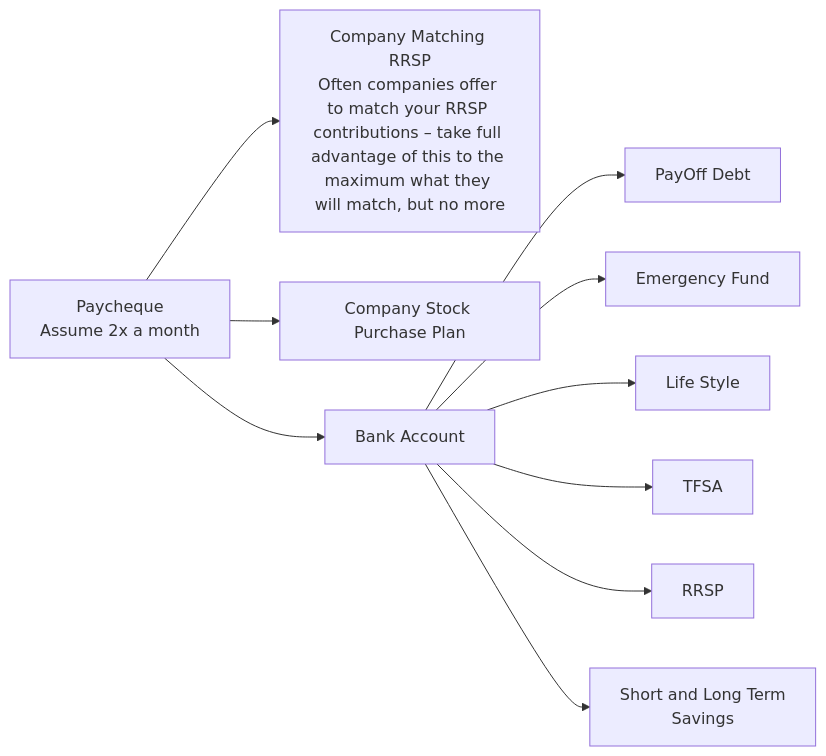
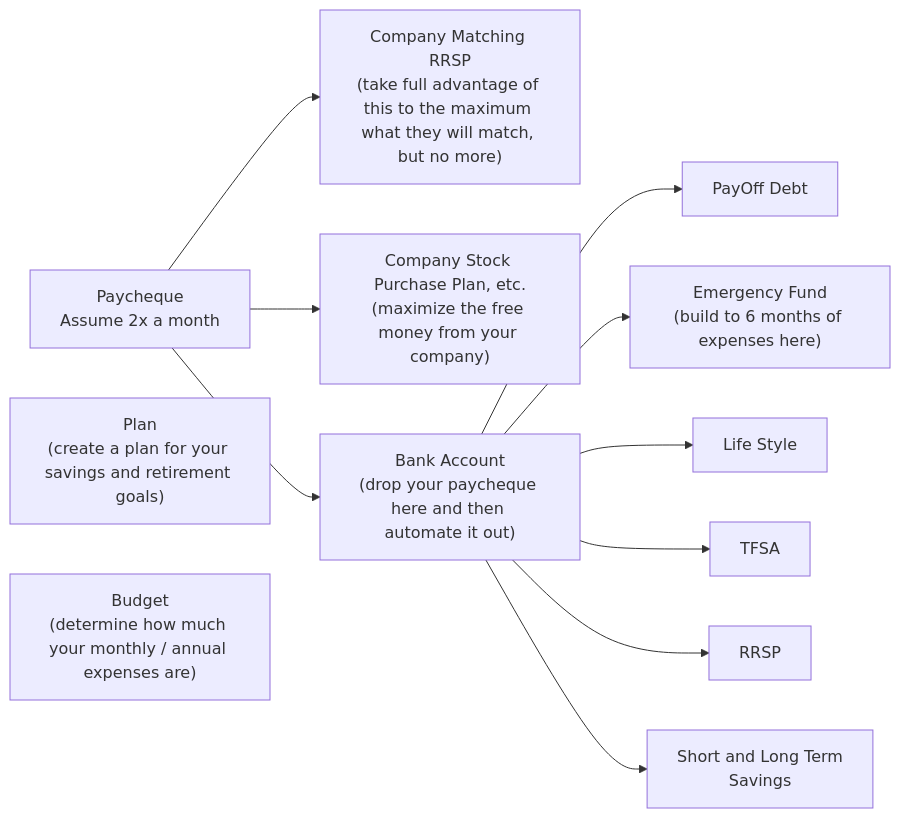
One commit to ksewlochan/Sewlochan changed the diagram in FinancialLiteracy/02a_FinancialLiteracy_YourFinancialJourney.md. Above: the diagram before and after it, drawn with Mermaid.

Commit message:
Add more to the flowchart

````diff
--- a/FinancialLiteracy/02a_FinancialLiteracy_YourFinancialJourney.md
+++ b/FinancialLiteracy/02a_FinancialLiteracy_YourFinancialJourney.md
@@ -141,12 +141,14 @@
 ``` mermaid
 	flowchart LR
-		PayCheque["Paycheque<br>Assume 2x a month"] --> CompanyRRSP["Company Matching RRSP<br>Often companies offer to match your RRSP contributions – take full advantage of this to the maximum what they will match, but no more"]
-		PayCheque --> CompanyStock["Company Stock Purchase Plan"]
-		PayCheque --> BankAccount["Bank Account"]
+		PayCheque["Paycheque<br>Assume 2x a month"] --> CompanyRRSP["Company Matching RRSP<br>(take full advantage of this to the maximum what they will match, but no more)"]
+		PayCheque --> CompanyStock["Company Stock Purchase Plan, etc.<br>(maximize the free money from your company)"]
+		PayCheque --> BankAccount["Bank Account<br>(drop your paycheque here and then automate it out)"]
 		BankAccount --> PayDebt["PayOff Debt"]
-		BankAccount --> EmergencyFund["Emergency Fund"]
+		BankAccount --> EmergencyFund["Emergency Fund<br>(build to 6 months of expenses here)"]
 		BankAccount --> LifeStyle["Life Style"]
 		BankAccount --> TFSA["TFSA"]
 		BankAccount --> RRSP["RRSP"]
 		BankAccount --> Savings["Short and Long Term<br> Savings"]
+		Plan["Plan<br>(create a plan for your savings and retirement goals)"]
+		Budget["Budget<br>(determine how much your monthly / annual expenses are)"]
 ```
````
